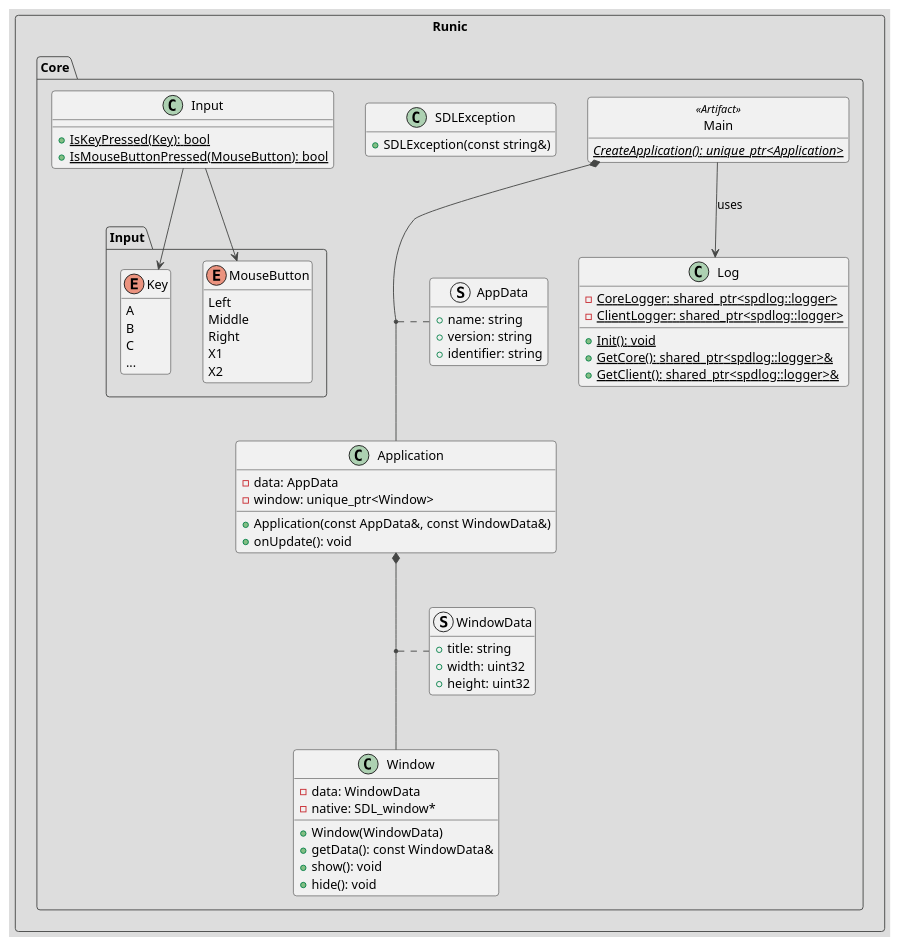
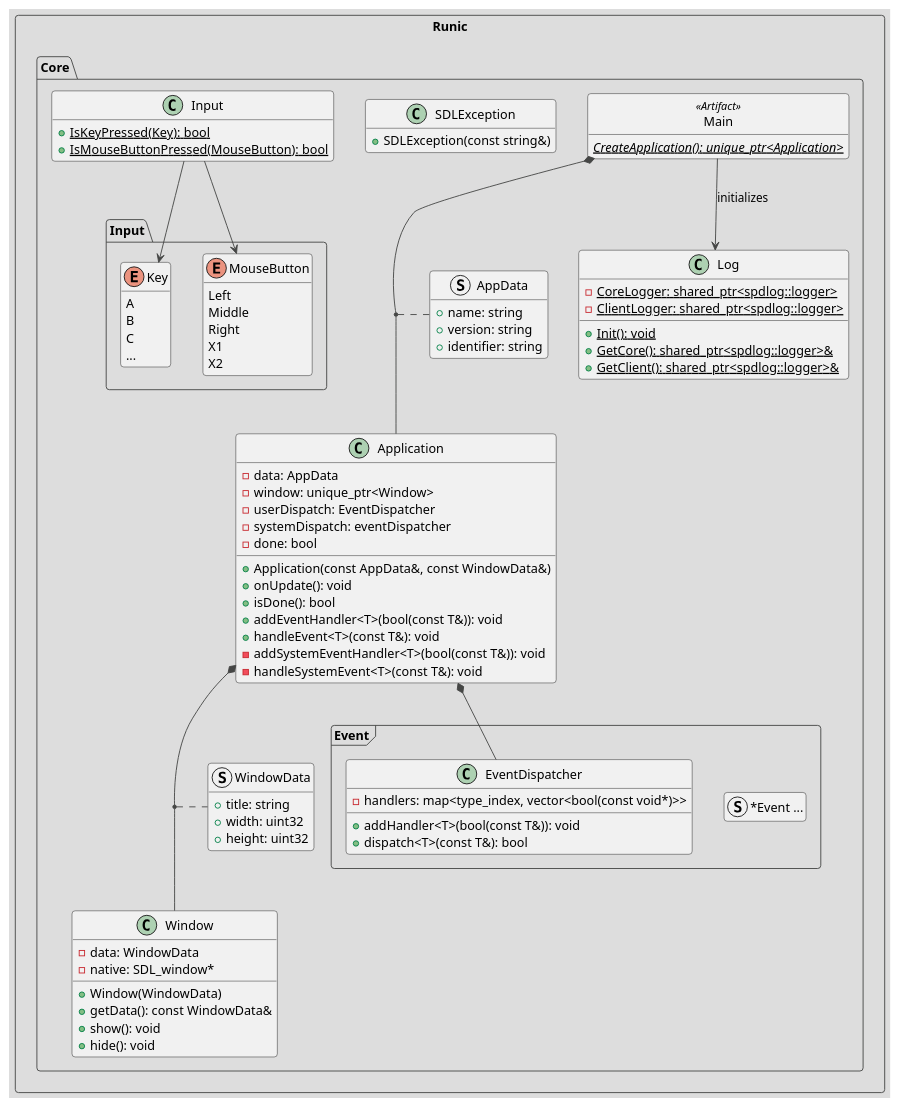
One commit to dedbox/Runic changed the diagram in Runic/doc/classes.plantuml. Above: the diagram before and after it, drawn with PlantUML. The commit also changed 7 other files, not shown here.

```diff
--- a/Runic/doc/classes.plantuml
+++ b/Runic/doc/classes.plantuml
@@ -1,98 +1,110 @@
 @startuml
 !theme toy
 
 package Runic <<rectangle>> {
   package Core <<folder>> {
     class Main <<Artifact>> {
       {static} {abstract} CreateApplication(): unique_ptr<Application>
     }
 
     hide <<Artifact>> circle
     hide <<Artifact>> fields
 
     struct AppData {
       + name: string
       + version: string
       + identifier: string
     }
 
-    hide AppData methods
-
     class Application {
       - data: AppData
       - window: unique_ptr<Window>
+      - userDispatch: EventDispatcher
+      - systemDispatch: eventDispatcher
+      - done: bool
       + Application(const AppData&, const WindowData&)
       + onUpdate(): void
+      + isDone(): bool
+      + addEventHandler<T>(bool(const T&)): void
+      + handleEvent<T>(const T&): void
+      - addSystemEventHandler<T>(bool(const T&)): void
+      - handleSystemEvent<T>(const T&): void
     }
 
     Main *-- Application
-    (Main, Application) .. AppData
+    (Main, Application) . AppData
 
     struct WindowData {
       + title: string
       + width: uint32
       + height: uint32
     }
-
-    hide WindowData methods
 
     class Window {
       - data: WindowData
       - native: SDL_window*
       + Window(WindowData)
       + getData(): const WindowData&
       + show(): void
       + hide(): void
     }
 
     Application *-- Window
-    (Application, Window) .. WindowData
+    (Application, Window) . WindowData
 
     class SDLException {
       + SDLException(const string&)
     }
-
-    hide SDLException fields
 
     class Log {
       {static} - CoreLogger: shared_ptr<spdlog::logger>
       {static} - ClientLogger: shared_ptr<spdlog::logger>
       {static} + Init(): void
       {static} + GetCore(): shared_ptr<spdlog::logger>&
       {static} + GetClient(): shared_ptr<spdlog::logger>&
     }
 
-    Main --> Log : uses
+    Main --> Log : initializes
 
     class Input {
       {static} + IsKeyPressed(Key): bool
       {static} + IsMouseButtonPressed(MouseButton): bool
     }
 
     package Input as InputPkg {
       enum Key {
         A
         B
         C
         ...
       }
 
-      hide Key methods
-
       enum MouseButton {
         Left
         Middle
         Right
         X1
         X2
       }
-
-      hide MouseButton methods
     }
 
     Input --> Key
     Input --> MouseButton
+
+    package Event <<Frame>> {
+      struct "*Event ..." as ConcreteEvent
+
+      class EventDispatcher {
+        {field} - handlers: map<type_index, vector<bool(const void*)>>
+        + addHandler<T>(bool(const T&)): void
+        + dispatch<T>(const T&): bool
+      }
+    }
+
+    Application *-- EventDispatcher
   }
 }
 
+hide empty members
+
 @enduml
```
